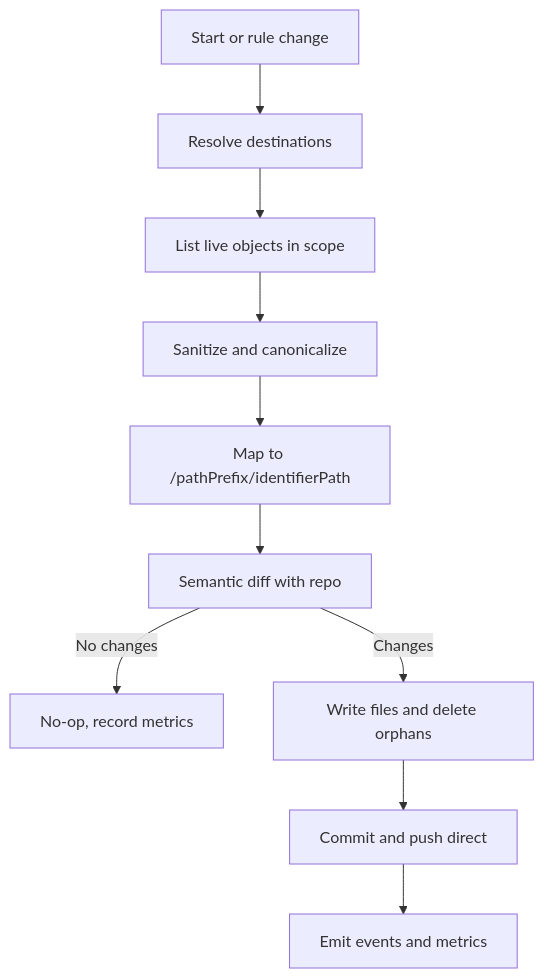
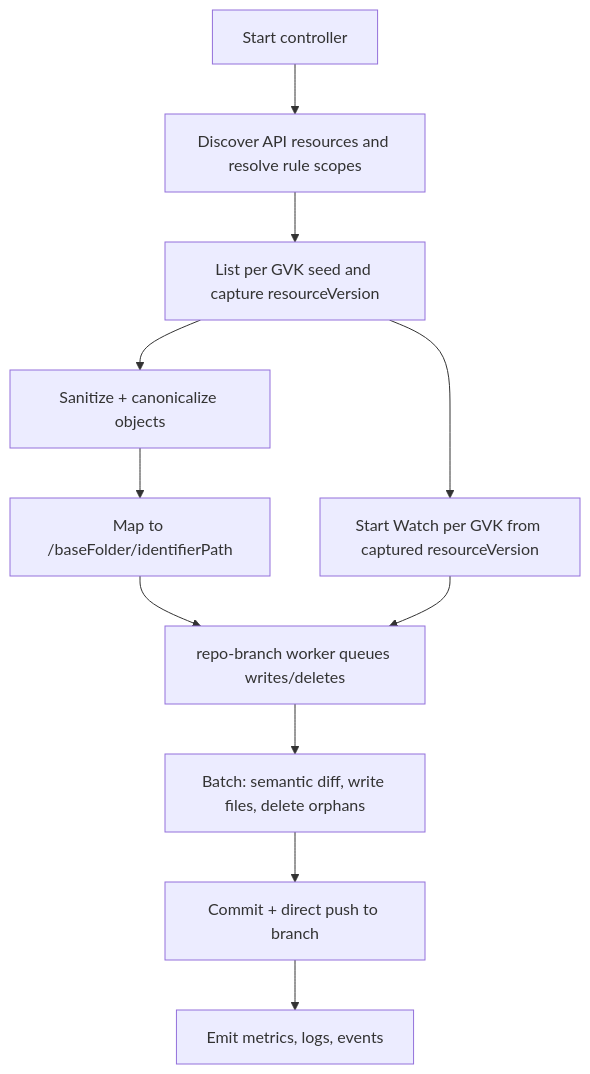
The diagram in docs/cluster-source-of-truth-plan.md (ConfigButler/gitops-reverser), drawn with Mermaid before and after one commit. The commit also changed other lines of this file and 1 other file, not shown here.

````diff
--- a/docs/cluster-source-of-truth-plan.md
+++ b/docs/cluster-source-of-truth-plan.md
@@ -194,12 +39,13 @@
 ```mermaid
 flowchart TD
-  A[Start or rule change] --> B[Resolve destinations]
-  B --> C[List live objects in scope]
-  C --> D[Sanitize and canonicalize]
-  D --> E[Map to /pathPrefix/identifierPath]
-  E --> F[Semantic diff with repo]
-  F -->|No changes| G[No-op, record metrics]
-  F -->|Changes| H[Write files and delete orphans]
-  H --> I[Commit and push direct]
-  I --> J[Emit events and metrics]
+  A[Start controller] --> B[Discover API resources and resolve rule scopes]
+  B --> C[List per GVK seed and capture resourceVersion]
+  C --> D[Sanitize + canonicalize objects]
+  D --> E[Map to /baseFolder/identifierPath]
+  E --> F[repo-branch worker queues writes/deletes]
+  F --> G[Batch: semantic diff, write files, delete orphans]
+  G --> H[Commit + direct push to branch]
+  C --> I[Start Watch per GVK from captured resourceVersion]
+  I --> F
+  H --> J[Emit metrics, logs, events]
 ```
````
